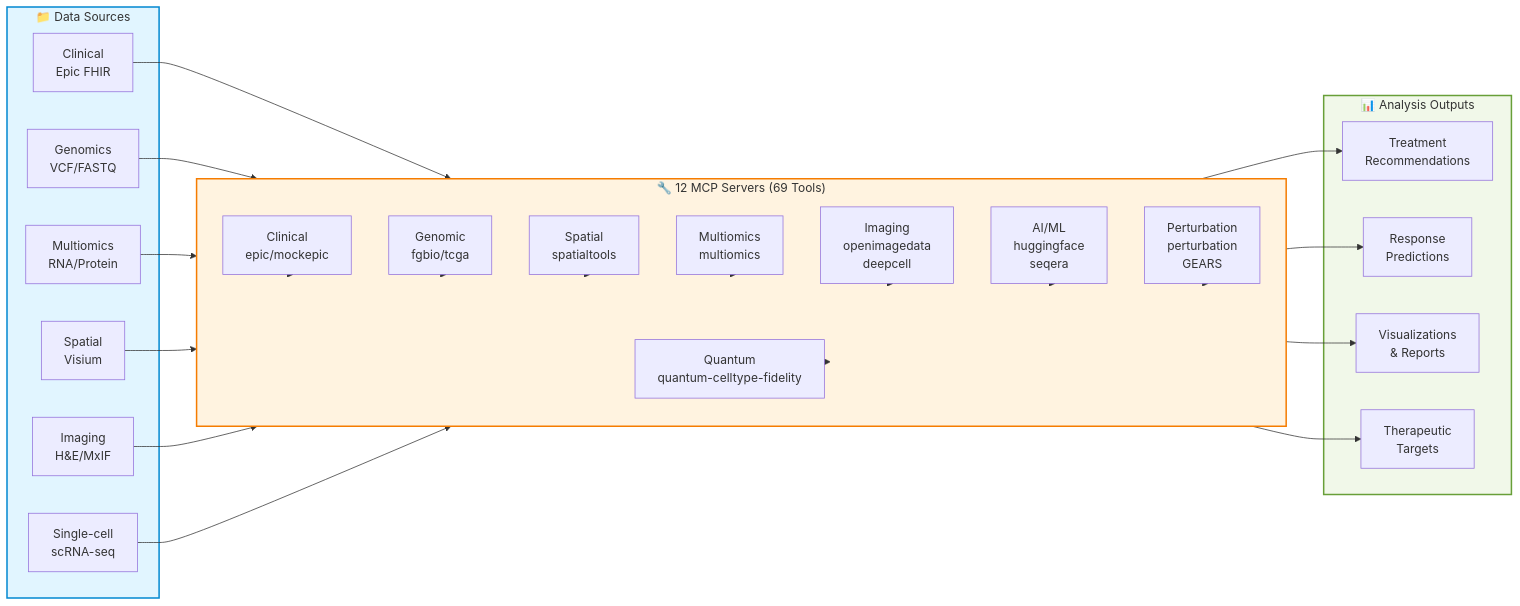
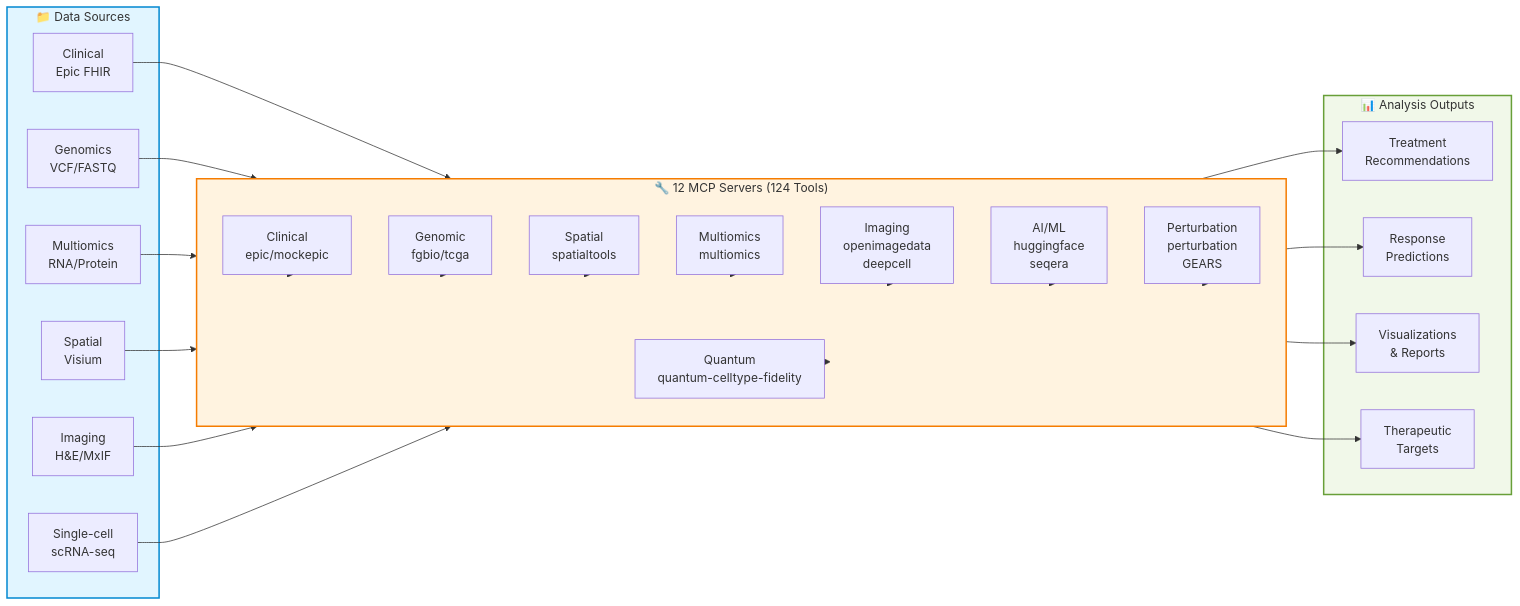
The diagram in docs/architecture/README.md (raymond301/precision-medicine-mcp), drawn with Mermaid before and after one commit. The commit also changed other lines of this file and 2 other files, not shown here.

First line of the commit message:
Update architecture and prompt-library docs with accurate counts

````diff
--- a/docs/architecture/README.md
+++ b/docs/architecture/README.md
@@ -9,55 +9,55 @@
 ```mermaid
 graph LR
     subgraph Input["📁 Data Sources"]
         EHR[Clinical<br/>Epic FHIR]
         SEQ[Genomics<br/>VCF/FASTQ]
         OMICS[Multiomics<br/>RNA/Protein]
         SPATIAL[Spatial<br/>Visium]
         IMG[Imaging<br/>H&E/MxIF]
         SCRNA[Single-cell<br/>scRNA-seq]
     end
 
-    subgraph MCP["🔧 12 MCP Servers (69 Tools)"]
+    subgraph MCP["🔧 12 MCP Servers (124 Tools)"]
         direction TB
         S1[Clinical<br/>epic/mockepic]
         S2[Genomic<br/>fgbio/tcga]
         S3[Spatial<br/>spatialtools]
         S4[Multiomics<br/>multiomics]
         S5[Imaging<br/>openimagedata<br/>deepcell]
         S6[AI/ML<br/>huggingface<br/>seqera]
         S7[Perturbation<br/>perturbation<br/>GEARS]
         S8[Quantum<br/>quantum-celltype-fidelity]
     end
 
     subgraph Output["📊 Analysis Outputs"]
         TREAT[Treatment<br/>Recommendations]
         PREDICT[Response<br/>Predictions]
         VIZ[Visualizations<br/>& Reports]
         INSIGHTS[Therapeutic<br/>Targets]
     end
 
     EHR --> S1
     SEQ --> S2
     OMICS --> S4
     SPATIAL --> S3
     IMG --> S5
     SCRNA --> S7
 
     S1 --> MCP
     S2 --> MCP
     S3 --> MCP
     S4 --> MCP
     S5 --> MCP
     S6 --> MCP
     S7 --> MCP
     S8 --> MCP
 
     MCP --> TREAT
     MCP --> PREDICT
     MCP --> VIZ
     MCP --> INSIGHTS
 
     style Input fill:#e1f5ff,stroke:#0288d1,stroke-width:2px
     style MCP fill:#fff3e0,stroke:#f57c00,stroke-width:2px
     style Output fill:#f1f8e9,stroke:#689f38,stroke-width:2px
 ```
````
